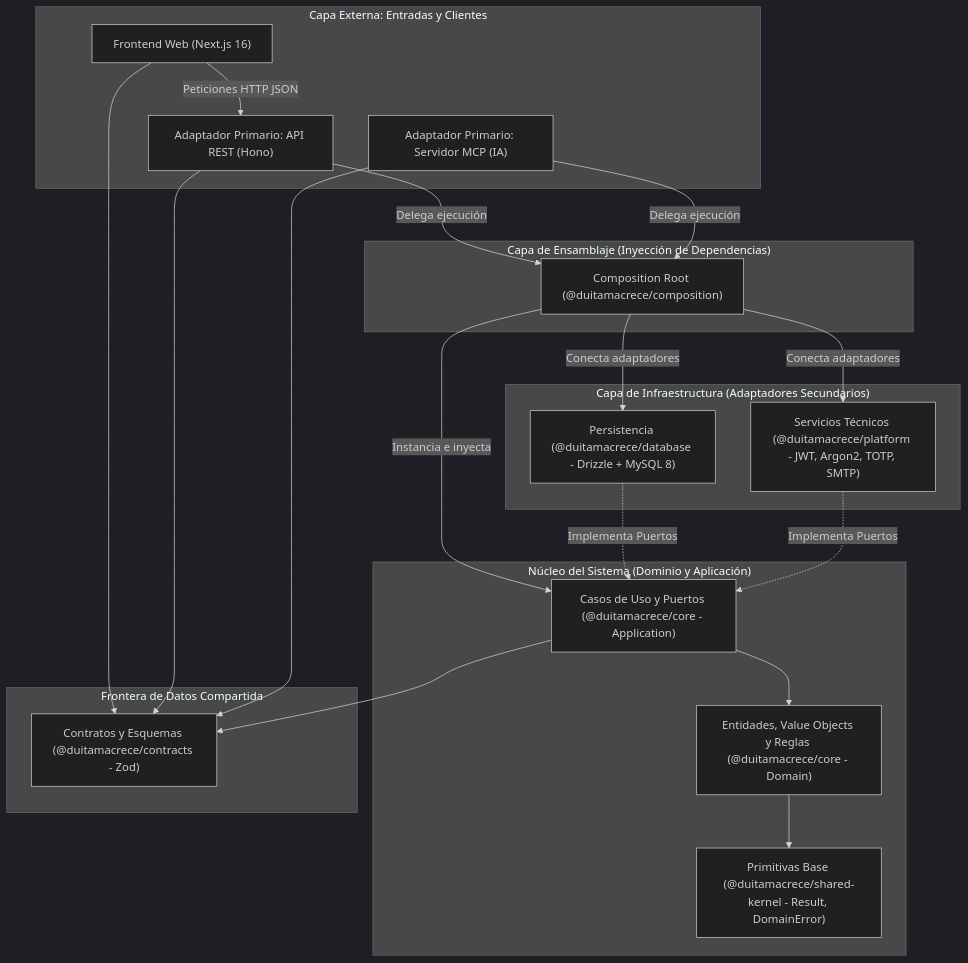
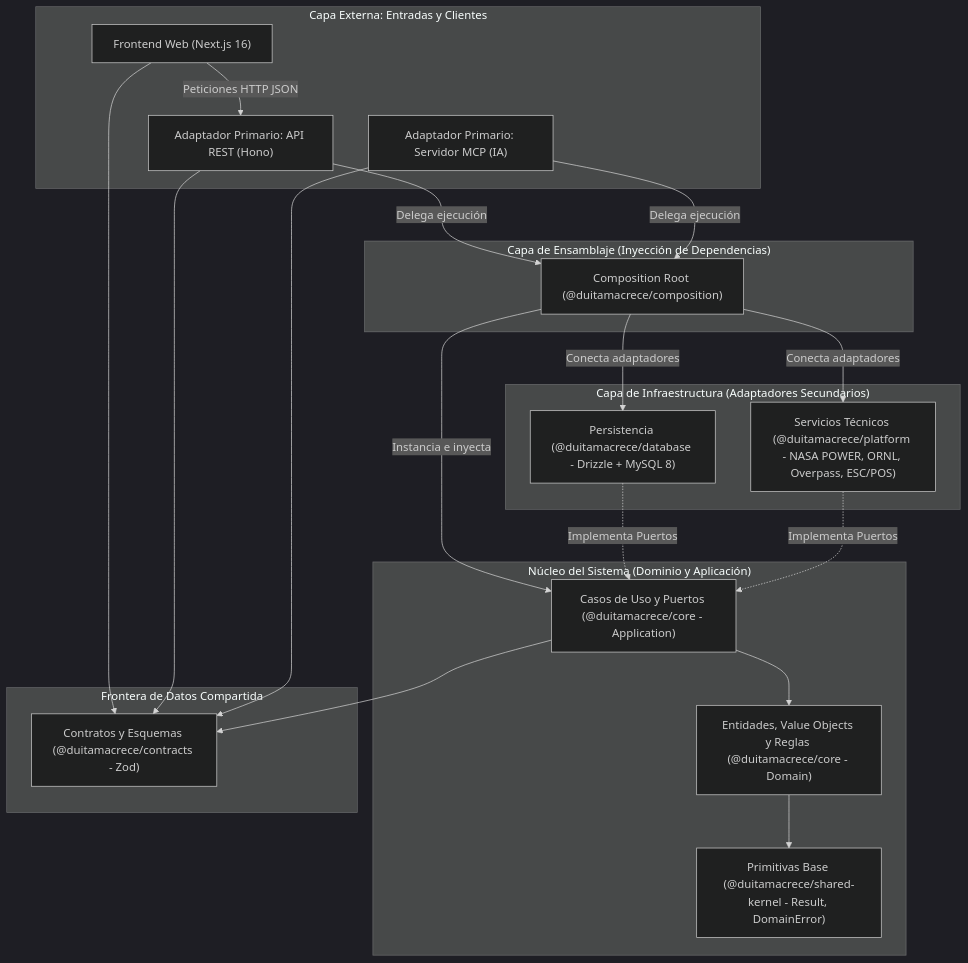
Before and after one commit to castillograndasantiagoeduardo-design/AgroCore: the first of 2 diagrams in context/rules_architecture.md, drawn with Mermaid (dark theme). The commit also changed other lines of this file and 100 other files, not shown here.

````diff
--- a/context/rules_architecture.md
+++ b/context/rules_architecture.md
@@ -14,42 +14,42 @@
 ```mermaid
 flowchart TB
     subgraph External ["Capa Externa: Entradas y Clientes"]
         UI["Frontend Web (Next.js 16)"]
         HTTP["Adaptador Primario: API REST (Hono)"]
         MCP["Adaptador Primario: Servidor MCP (IA)"]
     end
 
     subgraph Wiring ["Capa de Ensamblaje (Inyección de Dependencias)"]
         COMP["Composition Root (@duitamacrece/composition)"]
     end
 
     subgraph Infra ["Capa de Infraestructura (Adaptadores Secundarios)"]
         DB["Persistencia (@duitamacrece/database - Drizzle + MySQL 8)"]
-        PLAT["Servicios Técnicos (@duitamacrece/platform - JWT, Argon2, TOTP, SMTP)"]
+        PLAT["Servicios Técnicos (@duitamacrece/platform - NASA POWER, ORNL, Overpass, ESC/POS)"]
     end
 
     subgraph CoreDomain ["Núcleo del Sistema (Dominio y Aplicación)"]
         APP["Casos de Uso y Puertos (@duitamacrece/core - Application)"]
         DOM["Entidades, Value Objects y Reglas (@duitamacrece/core - Domain)"]
         SK["Primitivas Base (@duitamacrece/shared-kernel - Result, DomainError)"]
     end
 
     subgraph SharedContracts ["Frontera de Datos Compartida"]
         ZOD["Contratos y Esquemas (@duitamacrece/contracts - Zod)"]
     end
 
     UI -->|Peticiones HTTP JSON| HTTP
     HTTP -->|Delega ejecución| COMP
     MCP -->|Delega ejecución| COMP
     COMP -->|Instancia e inyecta| APP
     COMP -->|Conecta adaptadores| DB
     COMP -->|Conecta adaptadores| PLAT
     DB -.->|Implementa Puertos| APP
     PLAT -.->|Implementa Puertos| APP
     APP --> DOM
     DOM --> SK
     UI --> ZOD
     HTTP --> ZOD
     MCP --> ZOD
     APP --> ZOD
 ```
````
